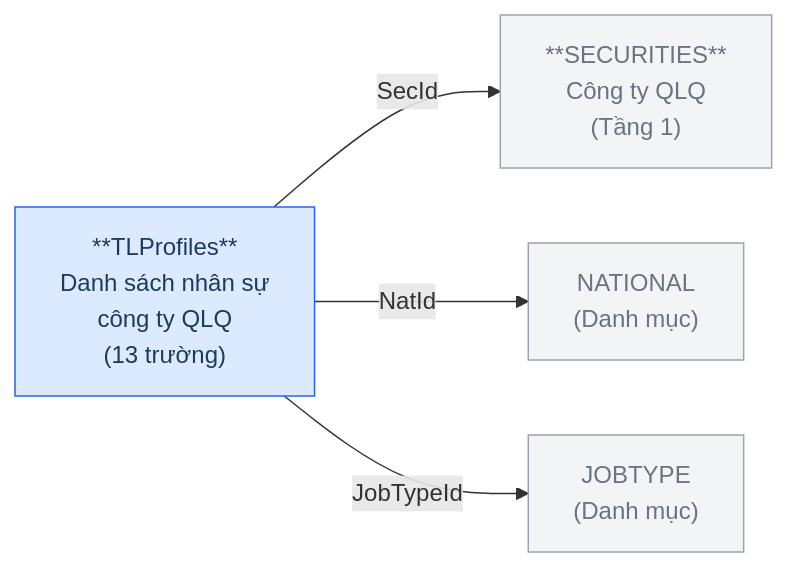
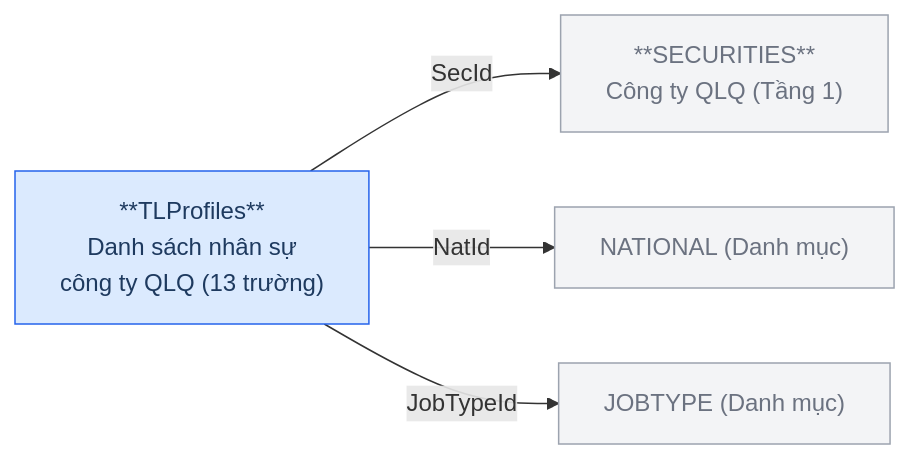
One commit to linhlvit/ubck_atomic_design changed the fifth of 16 diagrams in Silver/hld/FMS_HLD_Tier2.md. Above: the diagram before and after it, drawn with Mermaid. The commit also changed other lines of this file and 1 other file, not shown here.

````diff
--- a/Silver/hld/FMS_HLD_Tier2.md
+++ b/Silver/hld/FMS_HLD_Tier2.md
@@ -136,14 +130,14 @@
 ```mermaid
 graph LR
     classDef src fill:#dbeafe,stroke:#2563eb,color:#1e3a5f
     classDef ref fill:#f3f4f6,stroke:#9ca3af,color:#6b7280
 
-    SECURITIES["**SECURITIES**\nCông ty QLQ\n(Tầng 1)"]:::ref
-    NATIONAL["NATIONAL\n(Danh mục)"]:::ref
-    JOBTYPE["JOBTYPE\n(Danh mục)"]:::ref
-    TLProfiles["**TLProfiles**\nDanh sách nhân sự\ncông ty QLQ\n(13 trường)"]:::src
+    SECURITIES["**SECURITIES**\nCông ty QLQ (Tầng 1)"]:::ref
+    NATIONAL["NATIONAL (Danh mục)"]:::ref
+    JOBTYPE["JOBTYPE (Danh mục)"]:::ref
+    TLProfiles["**TLProfiles**\nDanh sách nhân sự\ncông ty QLQ (13 trường)"]:::src
 
     TLProfiles -->|SecId| SECURITIES
     TLProfiles -->|NatId| NATIONAL
     TLProfiles -->|JobTypeId| JOBTYPE
 ```
````
